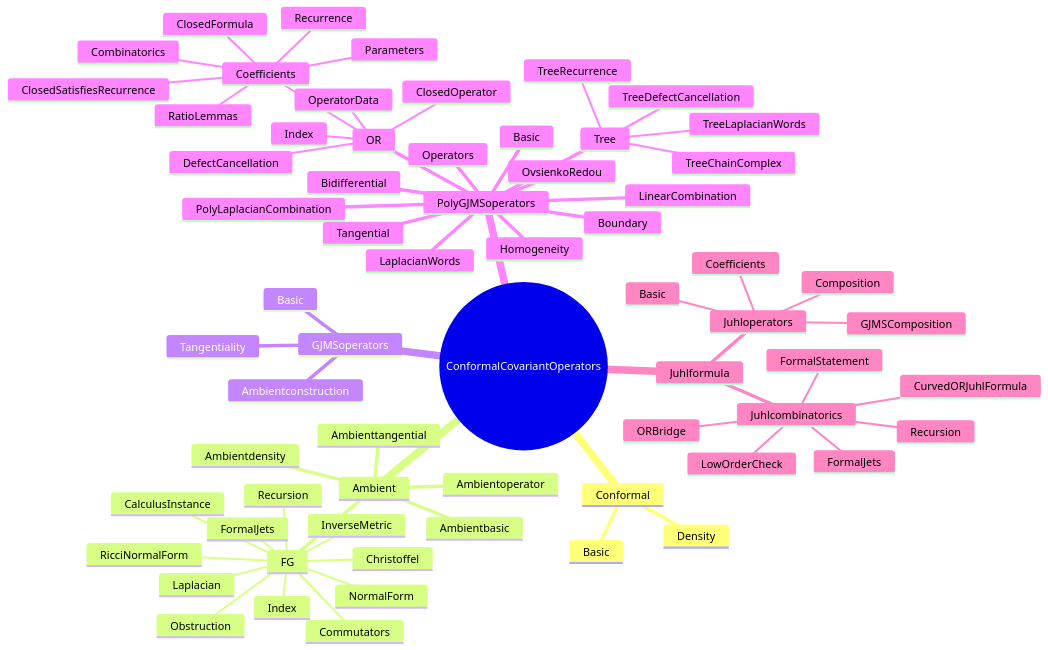
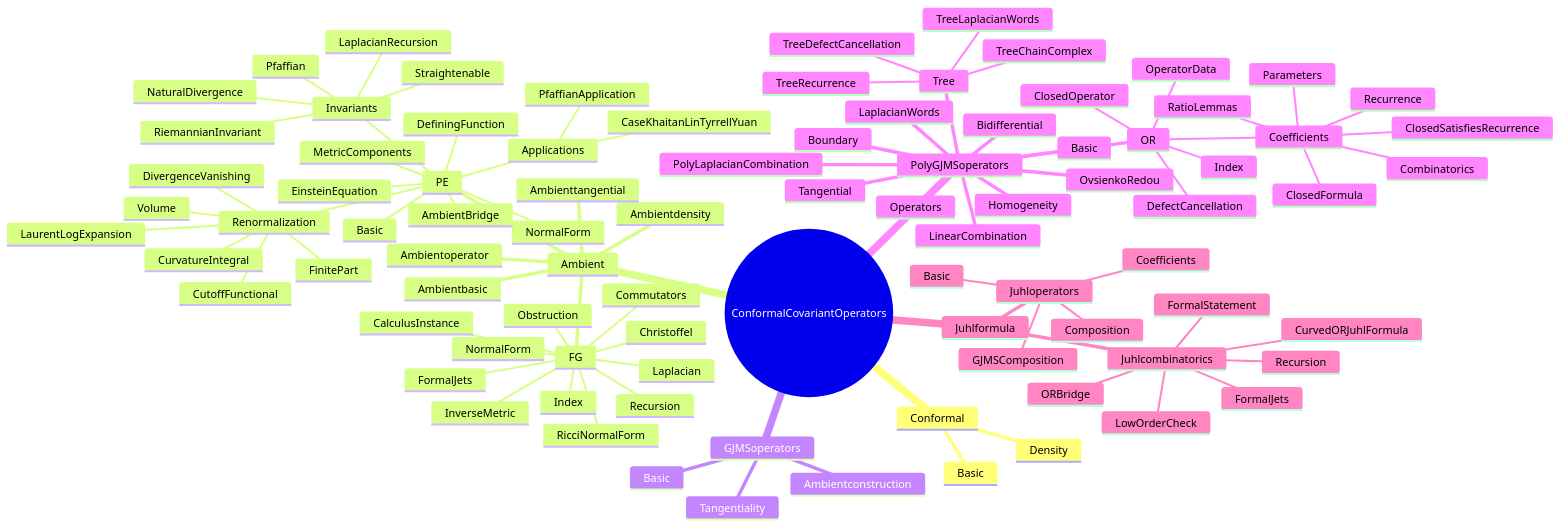
Before and after one commit to ZetianYan/ConformalCovariantOperators: the first of 3 diagrams in README.md, drawn with Mermaid. The commit also changed other lines of this file and 25 other files, not shown here.

Commit message:
Formalize Poincare-Einstein renormalization and Case formulas

```diff
--- a/README.md
+++ b/README.md
@@ -32,6 +32,29 @@
         FormalJets
         Recursion
         Obstruction
+      PE
+        Basic
+        DefiningFunction
+        NormalForm
+        MetricComponents
+        EinsteinEquation
+        AmbientBridge
+        Invariants
+          RiemannianInvariant
+          Straightenable
+          LaplacianRecursion
+          NaturalDivergence
+          Pfaffian
+        Renormalization
+          LaurentLogExpansion
+          FinitePart
+          CutoffFunctional
+          Volume
+          CurvatureIntegral
+          DivergenceVanishing
+        Applications
+          CaseKhaitanLinTyrrellYuan
+          PfaffianApplication
     GJMSoperators
       Basic
       Ambientconstruction
```
